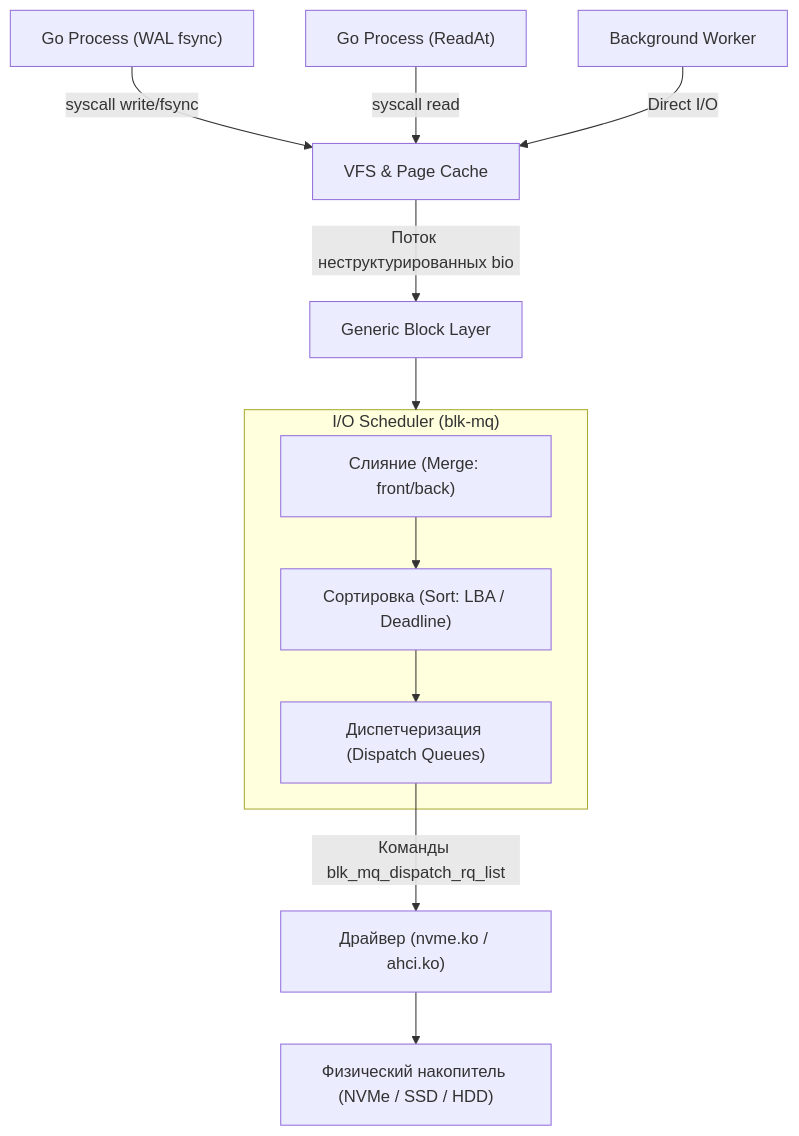
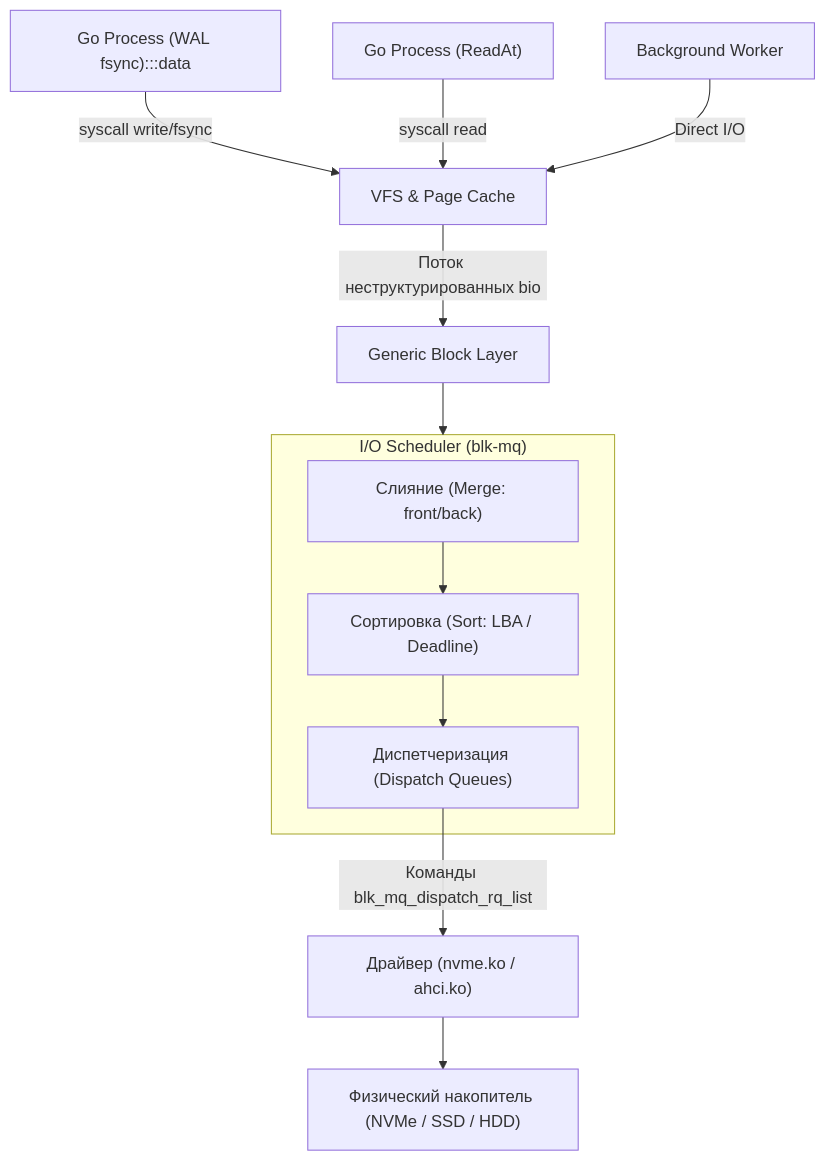
The first of 6 diagrams in sources/2. Устройство и работа ОС/45. Scheduler диска и очередь запросов.md (UnrealTemplier/go-textbook), drawn with Mermaid before and after one commit. The commit also changed other lines of this file and 1666 other files, not shown here.

First line of the commit message:
feat(mermaid): add semantic color classDef to 1369 colorless flowchart/graph diagrams

````diff
--- a/sources/2. Устройство и работа ОС/45. Scheduler диска и очередь запросов.md
+++ b/sources/2. Устройство и работа ОС/45. Scheduler диска и очередь запросов.md
@@ -16,19 +16,29 @@
 ```mermaid
 flowchart TD
-    App1["Go Process (WAL fsync)"] -->|"syscall write/fsync"| VFS["VFS & Page Cache"]
+    classDef process  fill:#1e293b,stroke:#38bdf8,stroke-width:1px,color:#f8fafc
+    classDef success  fill:#064e3b,stroke:#34d399,stroke-width:1px,color:#f8fafc
+    classDef error    fill:#7f1d1d,stroke:#f87171,stroke-width:1px,color:#f8fafc
+    classDef warning  fill:#78350f,stroke:#fbbf24,stroke-width:1px,color:#f8fafc
+    classDef entry    fill:#1e3a5f,stroke:#38bdf8,stroke-width:2px,color:#f8fafc
+    classDef aux      fill:#334155,stroke:#64748b,stroke-width:1px,color:#f8fafc
+    classDef system   fill:#312e81,stroke:#a78bfa,stroke-width:1px,color:#f8fafc
+    classDef data     fill:#132d29,stroke:#2dd4bf,stroke-width:1px,color:#f8fafc
+    classDef network  fill:#881337,stroke:#fb7185,stroke-width:1px,color:#f8fafc
+    classDef accent   fill:#1e1b4b,stroke:#818cf8,stroke-width:1px,color:#f8fafc
+    App1["Go Process (WAL fsync):::data"] -->|"syscall write/fsync"| VFS["VFS & Page Cache"]
     App2["Go Process (ReadAt)"] -->|"syscall read"| VFS
     App3["Background Worker"] -->|"Direct I/O"| VFS
 
     VFS -->|"Поток неструктурированных bio"| BlockLayer["Generic Block Layer"]
     
     subgraph Scheduler["I/O Scheduler (blk-mq)"]
         Merge["Слияние (Merge: front/back)"]
         Sort["Сортировка (Sort: LBA / Deadline)"]
         Queue["Диспетчеризация (Dispatch Queues)"]
         Merge --> Sort --> Queue
     end
 
     BlockLayer --> Scheduler
     Queue -->|"Команды blk_mq_dispatch_rq_list"| Driver["Драйвер (nvme.ko / ahci.ko)"]
     Driver --> Hardware["Физический накопитель (NVMe / SSD / HDD)"]
 ```
````
